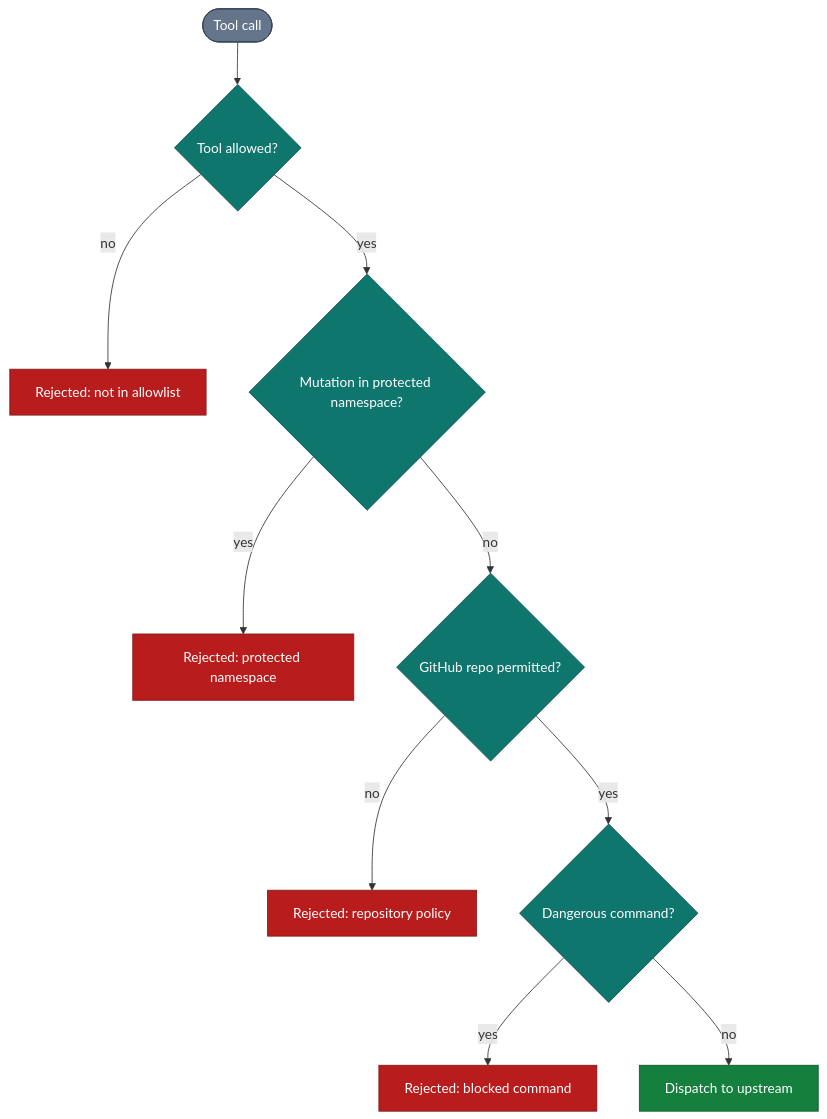
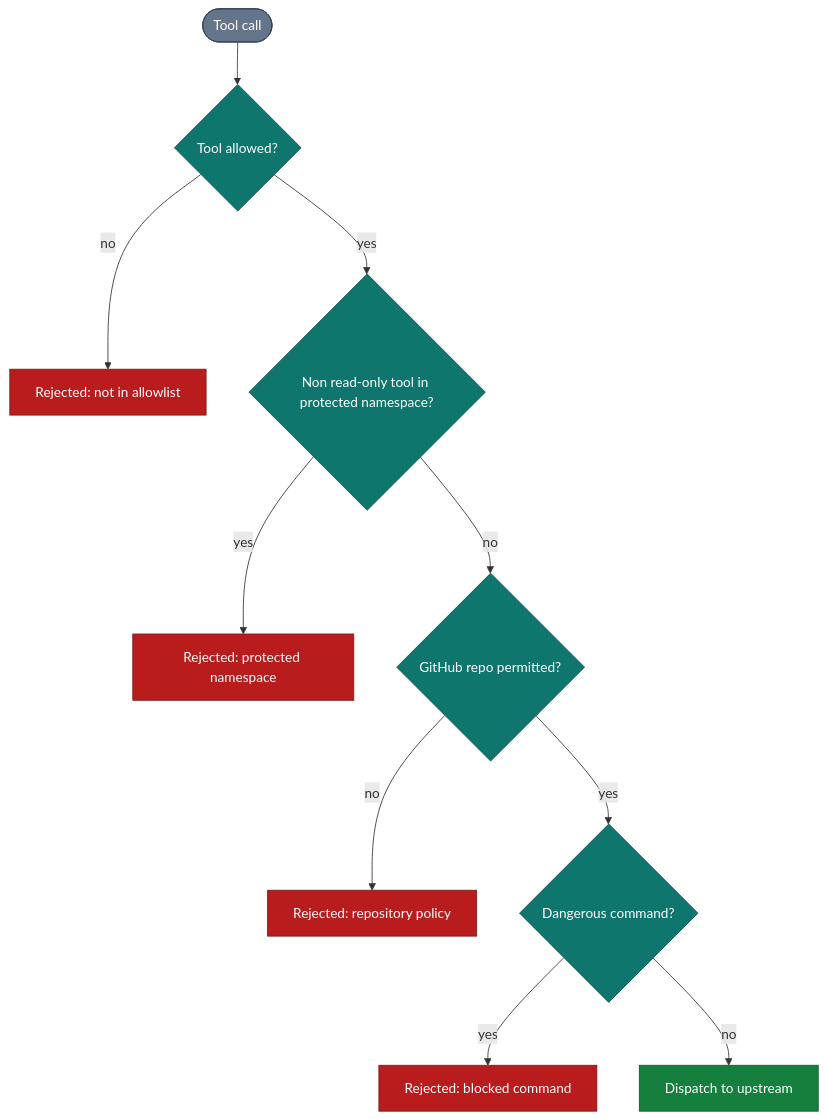
The second of 2 diagrams in packages/mcps/homelab-mcp/README.md (csp33/homelab-ai-ops), drawn with Mermaid before and after one commit. The commit also changed other lines of this file and 5 other files, not shown here.

First line of the commit message:
fix(homelab-mcp): make protected namespaces read-only for every non read-only tool

````diff
--- a/packages/mcps/homelab-mcp/README.md
+++ b/packages/mcps/homelab-mcp/README.md
@@ -55,22 +55,22 @@
 ```mermaid
 flowchart TD
     REQ([Tool call]) --> C1{Tool allowed?}
     C1 -->|no| X1[Rejected: not in allowlist]
-    C1 -->|yes| C2{Mutation in protected namespace?}
+    C1 -->|yes| C2{Non read-only tool in protected namespace?}
     C2 -->|yes| X2[Rejected: protected namespace]
     C2 -->|no| C3{GitHub repo permitted?}
     C3 -->|no| X3[Rejected: repository policy]
     C3 -->|yes| C4{Dangerous command?}
     C4 -->|yes| X4[Rejected: blocked command]
     C4 -->|no| OK[Dispatch to upstream]
 
     classDef check fill:#0f766e,stroke:#134e4a,color:#fff;
     classDef reject fill:#b91c1c,stroke:#7f1d1d,color:#fff;
     classDef pass fill:#15803d,stroke:#14532d,color:#fff;
     classDef entry fill:#64748b,stroke:#334155,color:#fff;
 
     class C1,C2,C3,C4 check;
     class X1,X2,X3,X4 reject;
     class OK pass;
     class REQ entry;
 ```
````
